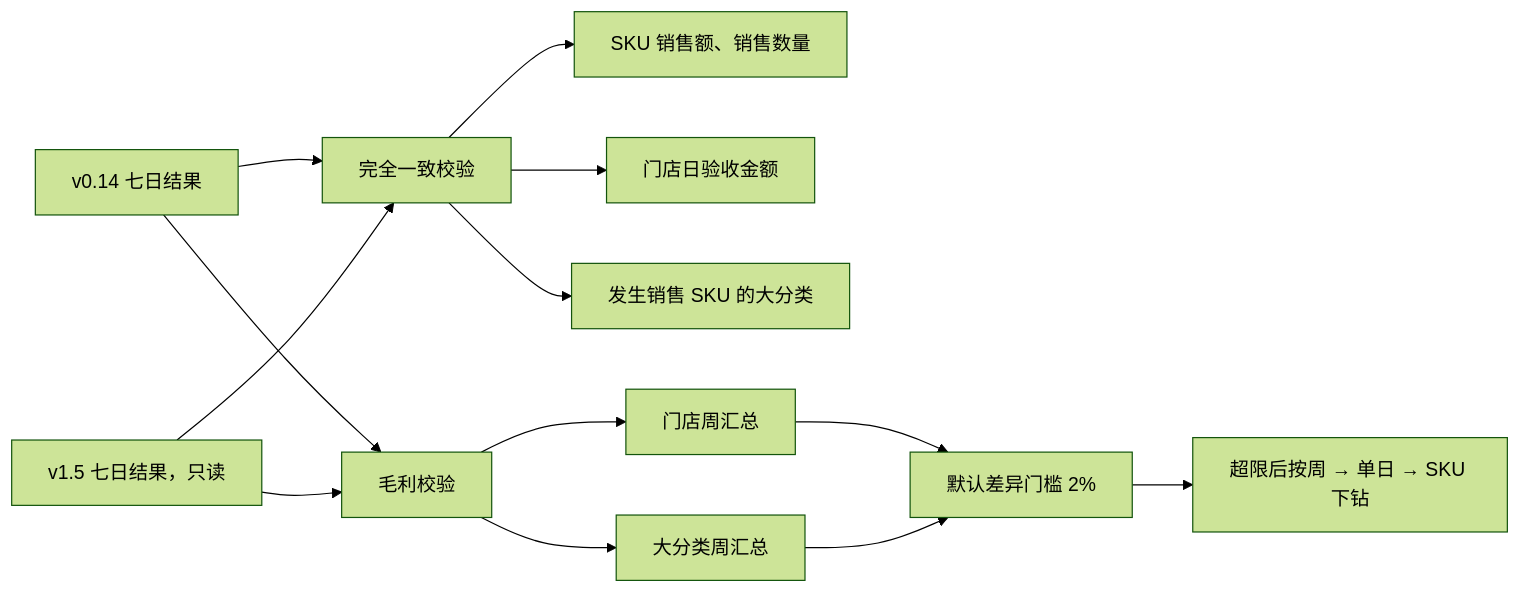
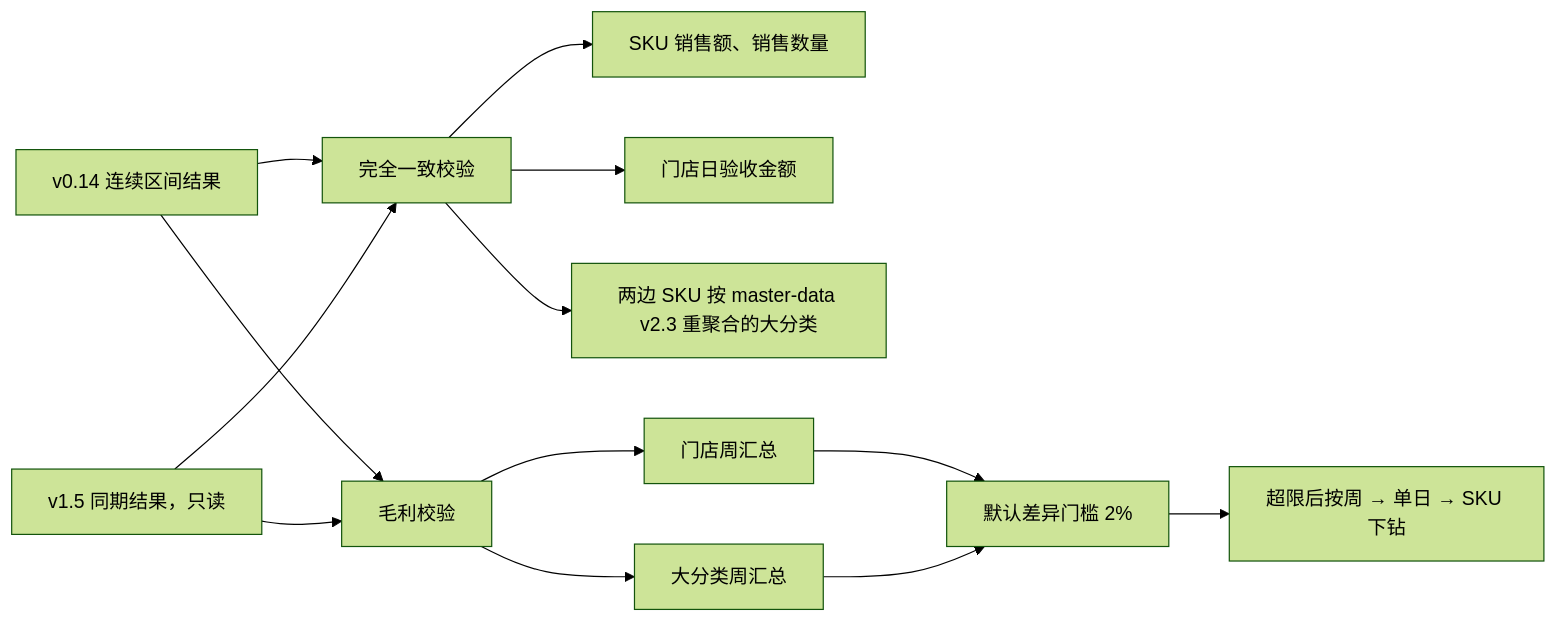
One commit to kate636/cuihua-data changed the eighth of 8 diagrams in fmetl/README.md. Above: the diagram before and after it, drawn with Mermaid (forest theme). The commit also changed other lines of this file and 32 other files, not shown here.

````diff
--- a/fmetl/README.md
+++ b/fmetl/README.md
@@ -529,16 +548,16 @@
 ```mermaid
 flowchart LR
-    V014["v0.14 七日结果"] --> EXACT["完全一致校验"]
-    V15["v1.5 七日结果，只读"] --> EXACT
+    V014["v0.14 连续区间结果"] --> EXACT["完全一致校验"]
+    V15["v1.5 同期结果，只读"] --> EXACT
     EXACT --> SALES["SKU 销售额、销售数量"]
     EXACT --> RECEIVE["门店日验收金额"]
-    EXACT --> CATEGORY["发生销售 SKU 的大分类"]
+    EXACT --> CATEGORY["两边 SKU 按 master-data v2.3 重聚合的大分类"]
 
     V014 --> PROFIT["毛利校验"]
     V15 --> PROFIT
     PROFIT --> STORE["门店周汇总"]
     PROFIT --> L1["大分类周汇总"]
     STORE --> LIMIT["默认差异门槛 2%"]
     L1 --> LIMIT
     LIMIT --> DRILL["超限后按周 → 单日 → SKU 下钻"]
 ```
````
